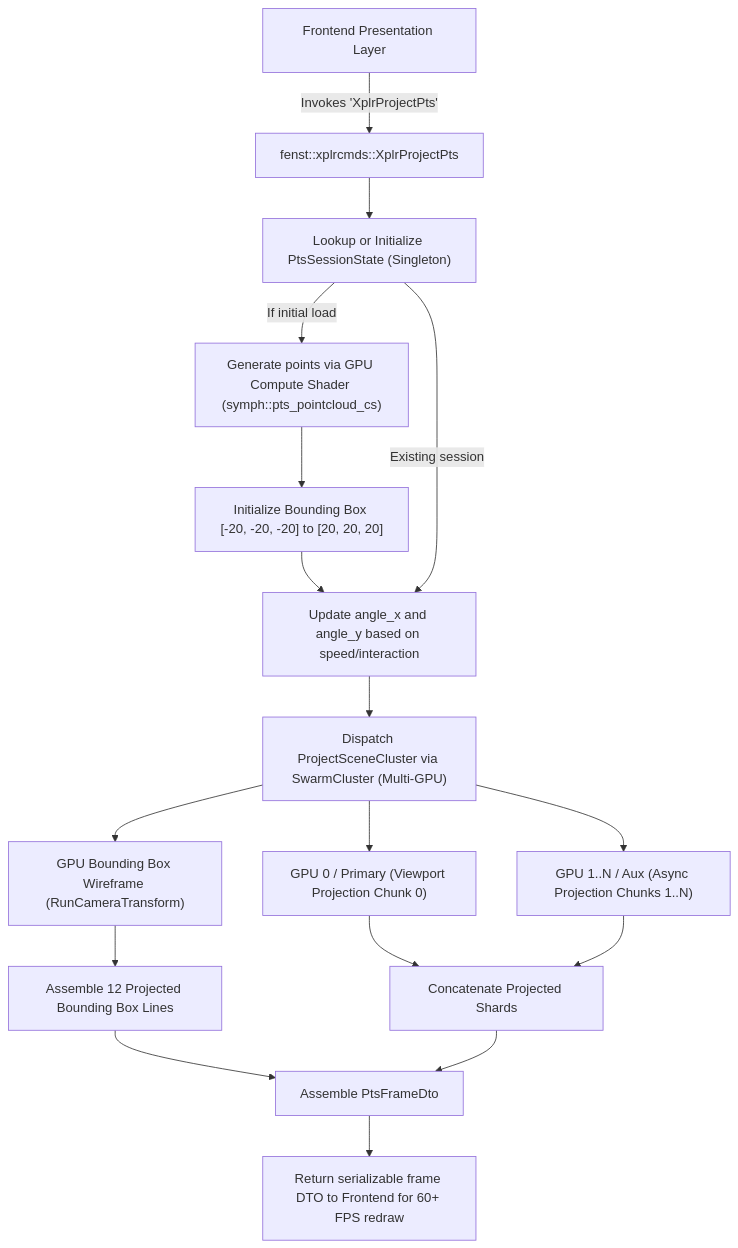
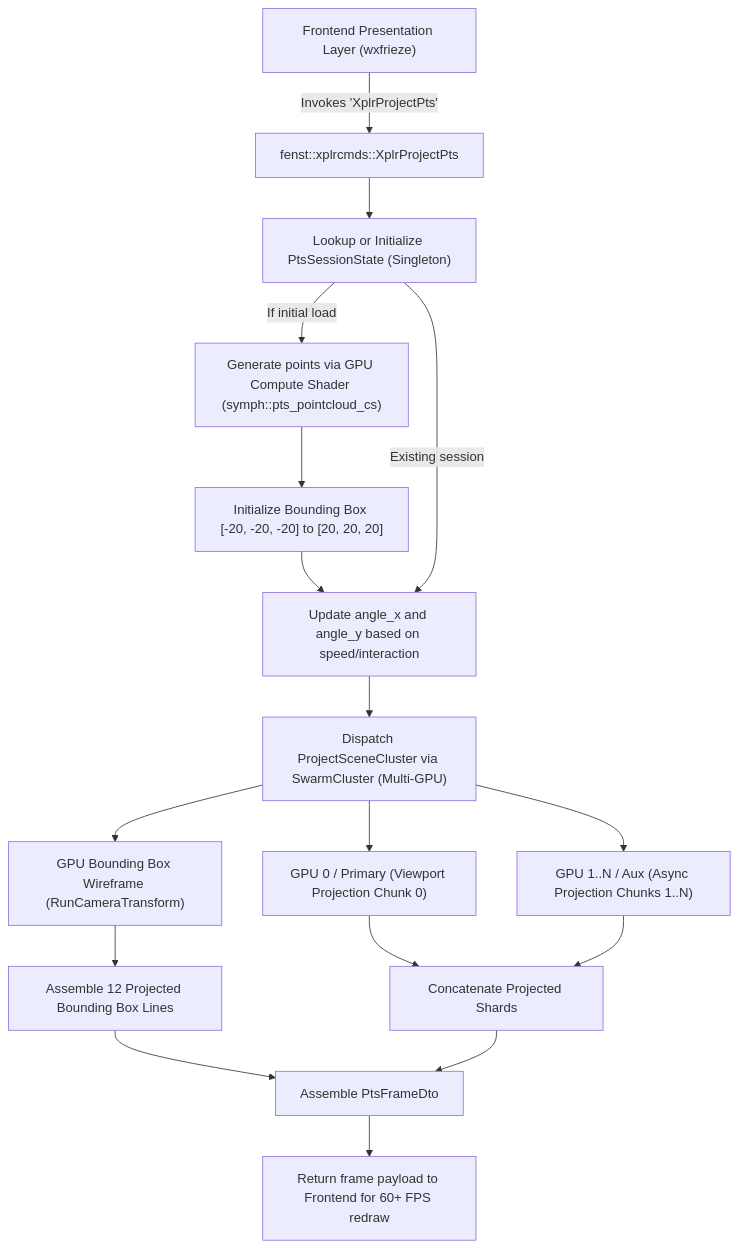
The second of 2 diagrams in wiki/Fenst.md (jswarup/Kosh), drawn with Mermaid before and after one commit. The commit also changed other lines of this file and 5 other files, not shown here.

First line of the commit message:
Docs: Update architecture documentation for wxfrieze and clean up wiki

````diff
--- a/wiki/Fenst.md
+++ b/wiki/Fenst.md
@@ -83,23 +80,23 @@
 ```mermaid
 flowchart TD
-    Frontend["Frontend Presentation Layer"] -->|Invokes 'XplrProjectPts'| BackendCmd["fenst::xplrcmds::XplrProjectPts"]
+    Frontend["Frontend Presentation Layer (wxfrieze)"] -->|Invokes 'XplrProjectPts'| BackendCmd["fenst::xplrcmds::XplrProjectPts"]
     BackendCmd --> CheckState["Lookup or Initialize PtsSessionState (Singleton)"]
 
     CheckState -->|If initial load| GenPoints["Generate points via GPU Compute Shader (symph::pts_pointcloud_cs)"]
     GenPoints --> InitBBox["Initialize Bounding Box [-20, -20, -20] to [20, 20, 20]"]
     InitBBox --> RotateState["Update angle_x and angle_y based on speed/interaction"]
 
     CheckState -->|Existing session| RotateState
     RotateState --> Cluster["Dispatch ProjectSceneCluster via SwarmCluster (Multi-GPU)"]
     Cluster --> ShardGPU0["GPU 0 / Primary (Viewport Projection Chunk 0)"]
     Cluster --> ShardGPU1["GPU 1..N / Aux (Async Projection Chunks 1..N)"]
     Cluster --> GPUBox["GPU Bounding Box Wireframe (RunCameraTransform)"]
 
     ShardGPU0 --> MergeResults["Concatenate Projected Shards"]
     ShardGPU1 --> MergeResults
     GPUBox --> ConnectBox["Assemble 12 Projected Bounding Box Lines"]
 
     ConnectBox --> AssembleDto["Assemble PtsFrameDto"]
     MergeResults --> AssembleDto
-    AssembleDto --> ReturnJSON["Return serializable frame DTO to Frontend for 60+ FPS redraw"]
+    AssembleDto --> ReturnJSON["Return frame payload to Frontend for 60+ FPS redraw"]
 ```
````
